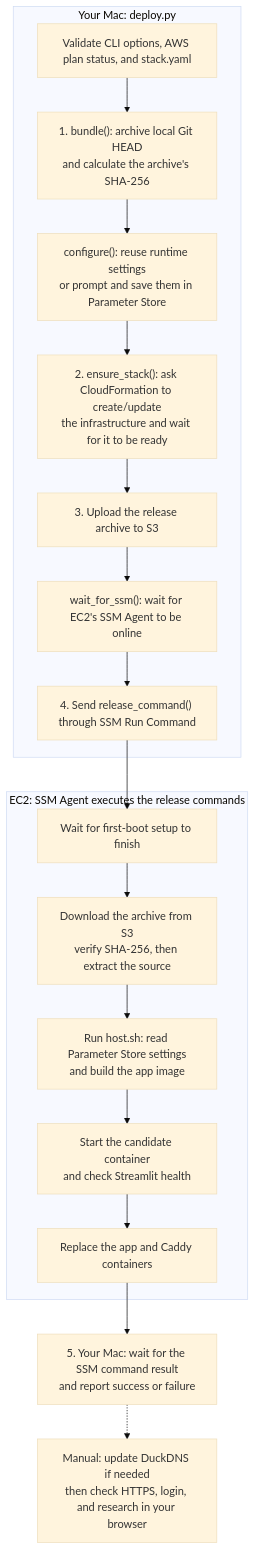
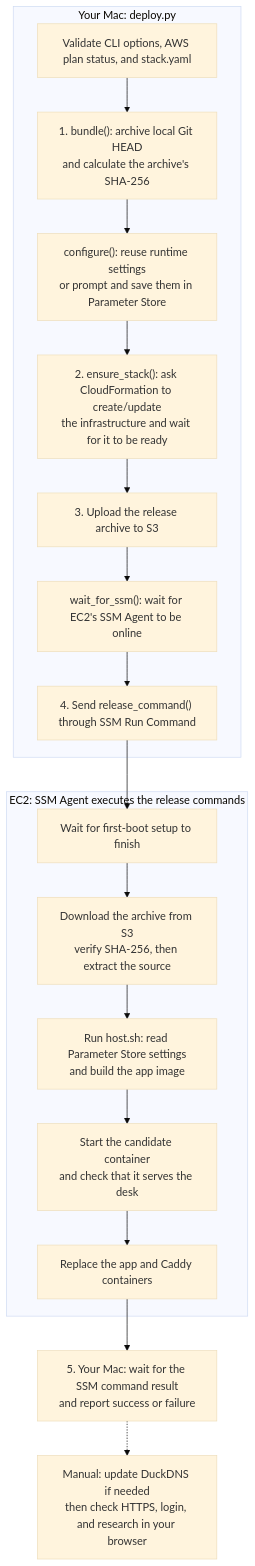
One commit to asugar13/agentic-financial-research changed the second of 2 diagrams in deployment/README.md. Above: the diagram before and after it, drawn with Mermaid (base theme). The commit also changed other lines of this file and 8 other files, not shown here.

First line of the commit message:
Serve the React research desk from the hosted container

````diff
--- a/deployment/README.md
+++ b/deployment/README.md
@@ -113,26 +114,26 @@
 ```mermaid
 flowchart TD
     subgraph Local["Your Mac: deploy.py"]
         Validate["Validate CLI options, AWS plan status, and stack.yaml"]
         Bundle["1. bundle(): archive local Git HEAD<br/>and calculate the archive's SHA-256"]
         Settings["configure(): reuse runtime settings<br/>or prompt and save them in Parameter Store"]
         Stack["2. ensure_stack(): ask CloudFormation to create/update<br/>the infrastructure and wait for it to be ready"]
         Upload["3. Upload the release archive to S3"]
         Ready["wait_for_ssm(): wait for EC2's SSM Agent to be online"]
         Send["4. Send release_command() through SSM Run Command"]
         Validate --> Bundle --> Settings --> Stack --> Upload --> Ready --> Send
     end
 
     subgraph Remote["EC2: SSM Agent executes the release commands"]
         Boot["Wait for first-boot setup to finish"]
         Download["Download the archive from S3<br/>verify SHA-256, then extract the source"]
         Host["Run host.sh: read Parameter Store settings<br/>and build the app image"]
-        Health["Start the candidate container<br/>and check Streamlit health"]
+        Health["Start the candidate container<br/>and check that it serves the desk"]
         Replace["Replace the app and Caddy containers"]
         Boot --> Download --> Host --> Health --> Replace
     end
 
     Send --> Boot
     Replace --> Result["5. Your Mac: wait for the SSM command result<br/>and report success or failure"]
     Result -.-> Manual["Manual: update DuckDNS if needed<br/>then check HTTPS, login, and research in your browser"]
 ```
````
